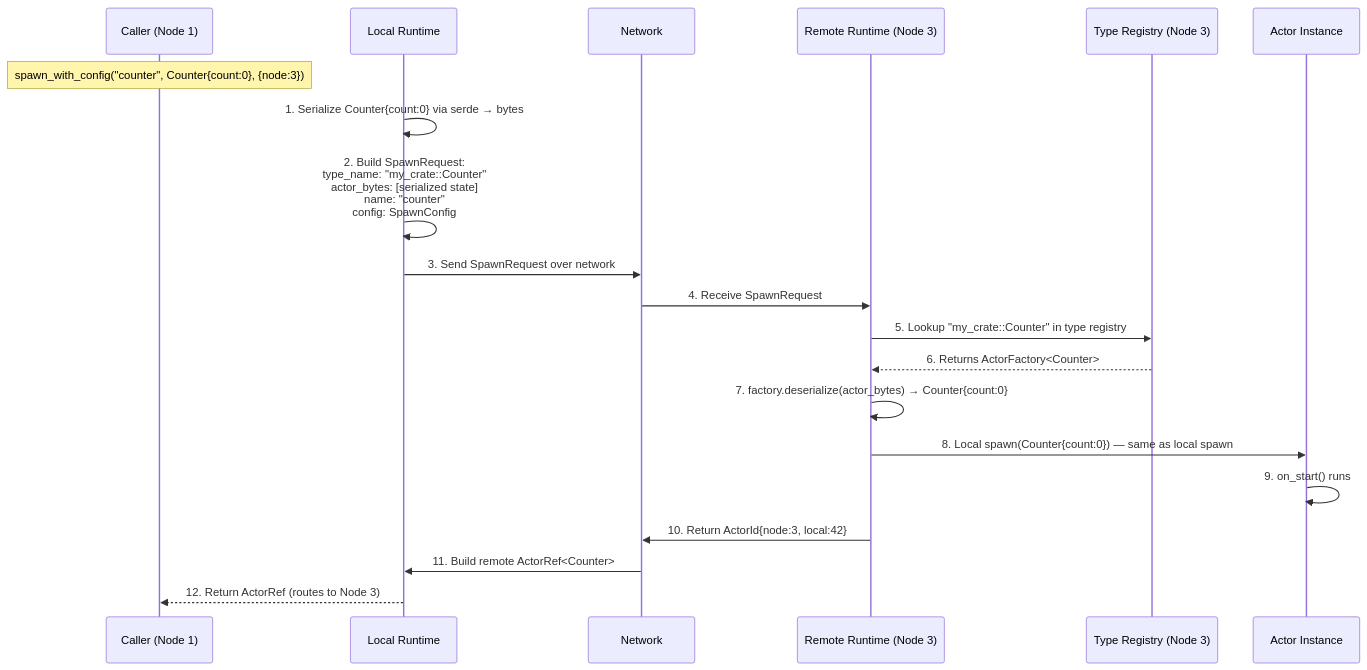
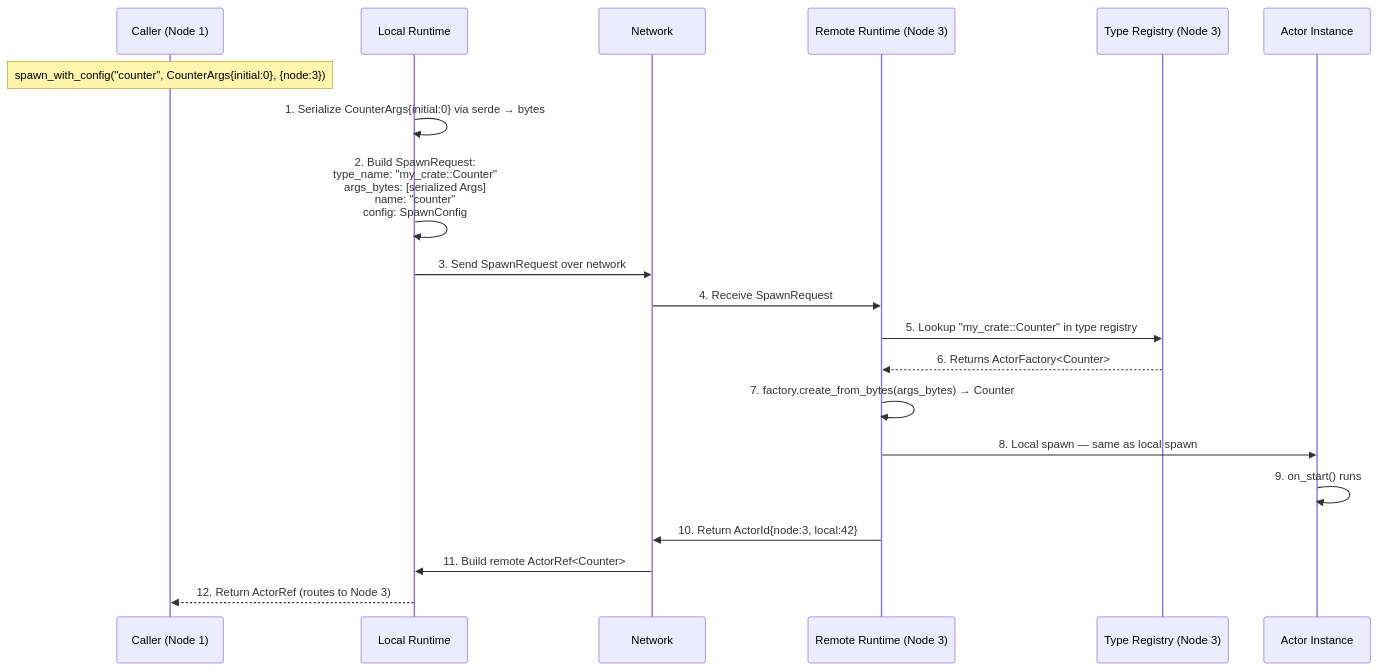
Before and after one commit to ditas-team/dactor: diagram 32 of 43 in docs/design-v0.2.md, drawn with Mermaid. The commit also changed other lines of this file, not shown here.

````diff
--- a/docs/design-v0.2.md
+++ b/docs/design-v0.2.md
@@ -5657,27 +5686,27 @@
 ```mermaid
 sequenceDiagram
     participant C as Caller (Node 1)
     participant R as Local Runtime
     participant N as Network
     participant R2 as Remote Runtime (Node 3)
     participant TR as Type Registry (Node 3)
     participant A as Actor Instance
 
-    Note over C: spawn_with_config("counter", Counter{count:0}, {node:3})
+    Note over C: spawn_with_config("counter", CounterArgs{initial:0}, {node:3})
 
-    R->>R: 1. Serialize Counter{count:0} via serde → bytes
-    R->>R: 2. Build SpawnRequest:<br/>  type_name: "my_crate::Counter"<br/>  actor_bytes: [serialized state]<br/>  name: "counter"<br/>  config: SpawnConfig
+    R->>R: 1. Serialize CounterArgs{initial:0} via serde → bytes
+    R->>R: 2. Build SpawnRequest:<br/>  type_name: "my_crate::Counter"<br/>  args_bytes: [serialized Args]<br/>  name: "counter"<br/>  config: SpawnConfig
     R->>N: 3. Send SpawnRequest over network
 
     N->>R2: 4. Receive SpawnRequest
     R2->>TR: 5. Lookup "my_crate::Counter" in type registry
     TR-->>R2: 6. Returns ActorFactory<Counter>
 
-    R2->>R2: 7. factory.deserialize(actor_bytes) → Counter{count:0}
-    R2->>A: 8. Local spawn(Counter{count:0}) — same as local spawn
+    R2->>R2: 7. factory.create_from_bytes(args_bytes) → Counter
+    R2->>A: 8. Local spawn — same as local spawn
     A->>A: 9. on_start() runs
 
     R2->>N: 10. Return ActorId{node:3, local:42}
     N->>R: 11. Build remote ActorRef<Counter>
     R-->>C: 12. Return ActorRef (routes to Node 3)
 ```
````
